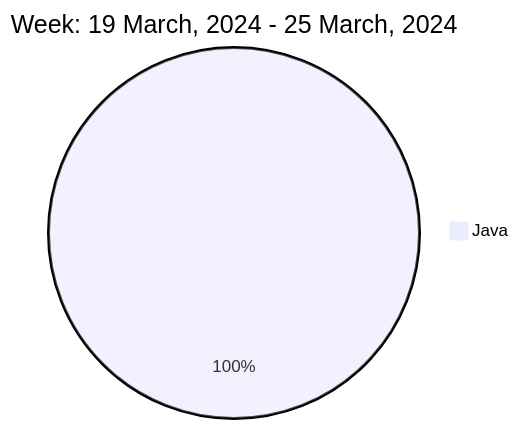
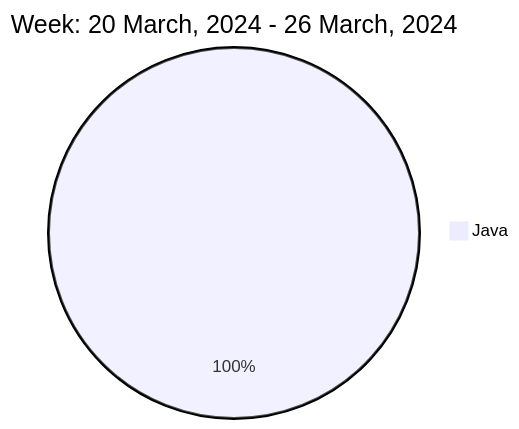
The diagram in README.md (liubin95/liubin95), drawn with Mermaid before and after one commit.

Commit message:
Updated the Graph with new Metrics

````diff
--- a/README.md
+++ b/README.md
@@ -37,5 +37,5 @@
 ```mermaid
  pie
-title Week: 19 March, 2024 - 25 March, 2024
- "Java" : 2.6
+title Week: 20 March, 2024 - 26 March, 2024
+ "Java" : 3.65
 ```
````
